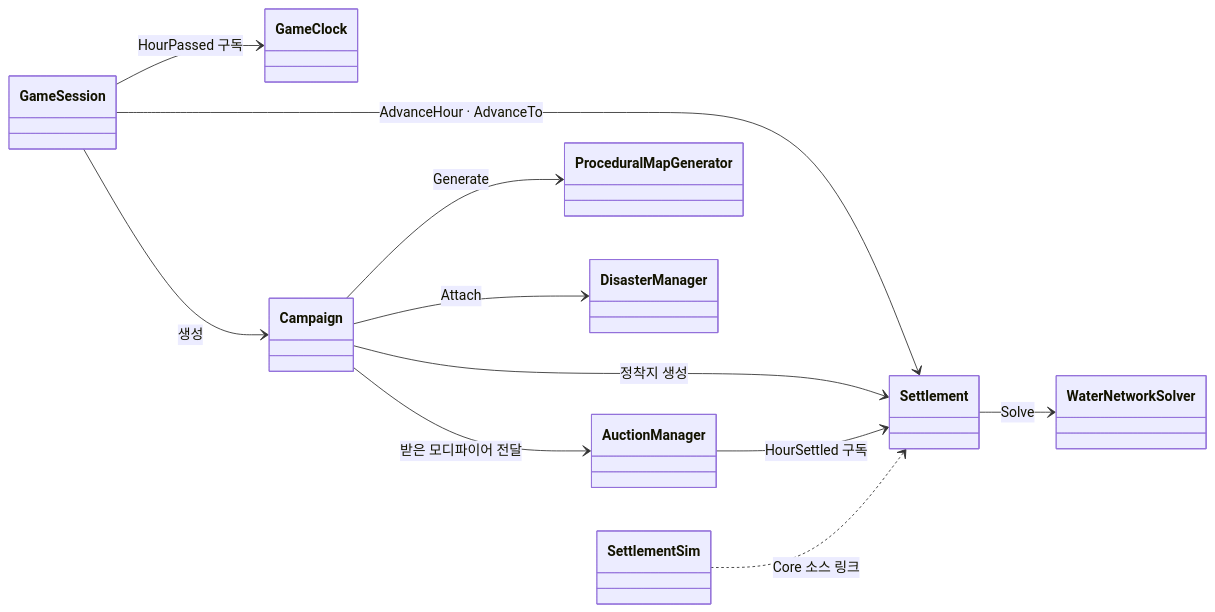
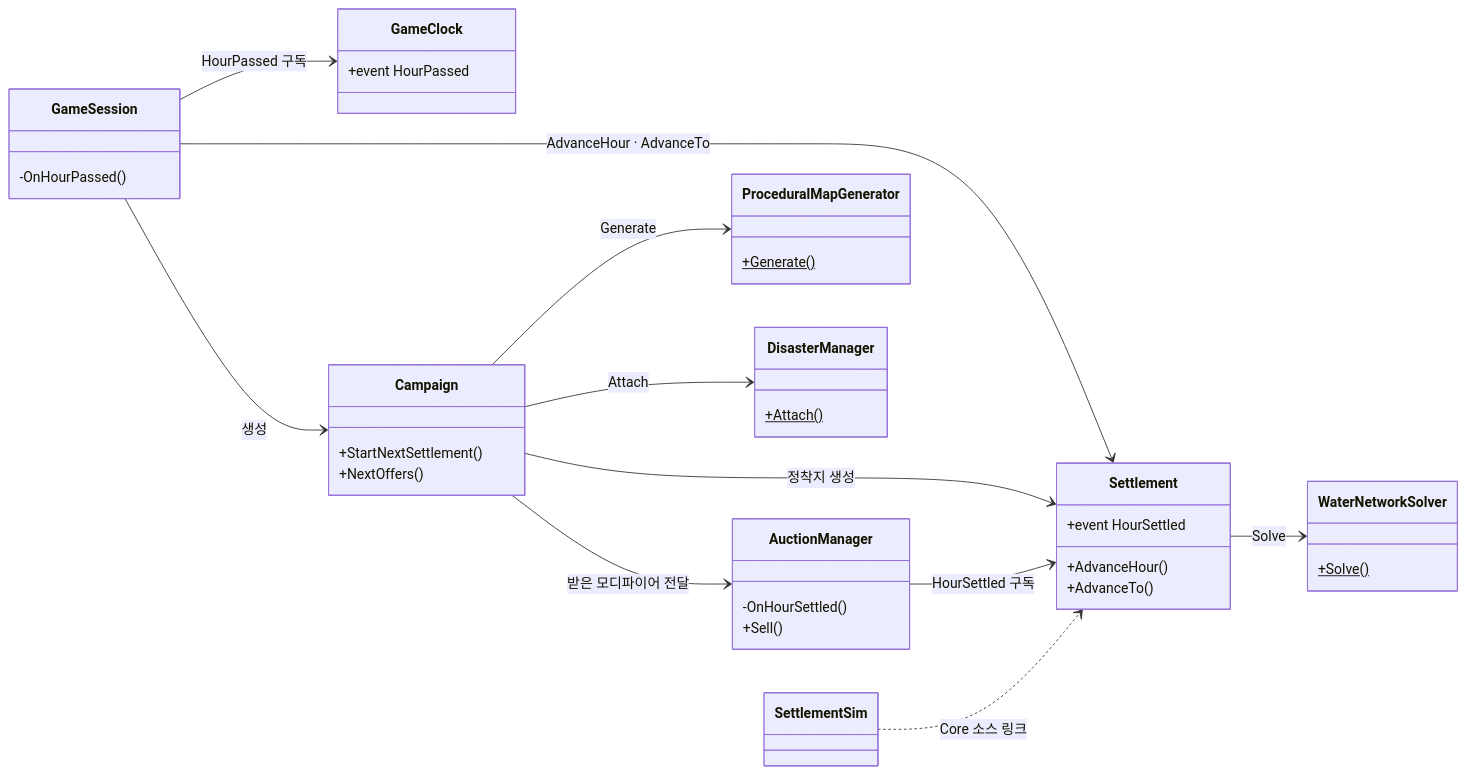
The diagram in src/3-desert-settlement/기술문서.md (ashadeveloperr/ashadeveloperr.github.io), drawn with Mermaid before and after one commit. The commit also changed other lines of this file and 12 other files, not shown here.

````diff
--- a/src/3-desert-settlement/기술문서.md
+++ b/src/3-desert-settlement/기술문서.md
@@ -54,24 +55,52 @@
 ```mermaid
 classDiagram
   direction LR
   %% GameSession.cs 123~124
   GameSession --> GameClock : HourPassed 구독
   %% GameSession.cs 100
   GameSession --> Campaign : 생성
   %% GameSession.cs 134, 145
   GameSession --> Settlement : AdvanceHour · AdvanceTo
   %% Campaign.cs 130
   Campaign --> Settlement : 정착지 생성
   %% Campaign.cs 131
   Campaign --> AuctionManager : 받은 모디파이어 전달
   %% Campaign.cs 176
   Campaign --> ProceduralMapGenerator : Generate
   %% Campaign.cs 134
   Campaign --> DisasterManager : Attach
   %% AuctionManager.cs 145
   AuctionManager --> Settlement : HourSettled 구독
   %% 원본 Settlement.Water.cs 90
   Settlement --> WaterNetworkSolver : Solve
   %% SettlementSim.csproj 13~19
   SettlementSim ..> Settlement : Core 소스 링크
+  class GameSession {
+    -OnHourPassed()
+  }
+  class GameClock {
+    +event HourPassed
+  }
+  class Campaign {
+    +StartNextSettlement()
+    +NextOffers()
+  }
+  class Settlement {
+    +event HourSettled
+    +AdvanceHour()
+    +AdvanceTo()
+  }
+  class AuctionManager {
+    -OnHourSettled()
+    +Sell()
+  }
+  class ProceduralMapGenerator {
+    +Generate()$
+  }
+  class DisasterManager {
+    +Attach()$
+  }
+  class WaterNetworkSolver {
+    +Solve()$
+  }
 ```
````
